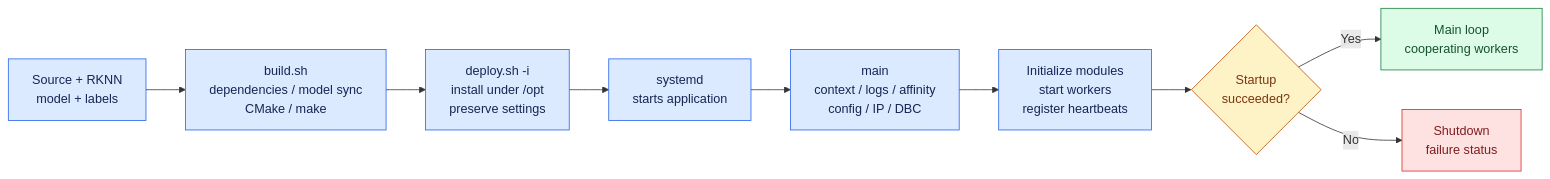
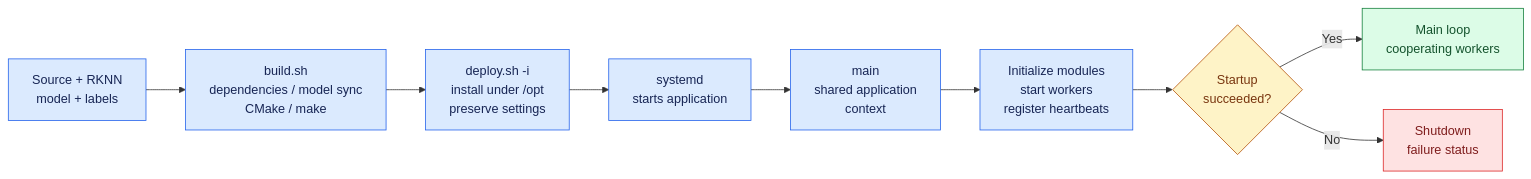
Before and after one commit to qianruo-orange/autonomous-driving-car: the fourth of 6 diagrams in README.md, drawn with Mermaid. The commit also changed other lines of this file and 1 other file, not shown here.

Commit message:
Move logging and core startup into module lifecycle table

````diff
--- a/README.md
+++ b/README.md
@@ -98,19 +98,19 @@
 ```mermaid
 flowchart LR
     Source["Source + RKNN<br/>model + labels"] --> Build["build.sh<br/>dependencies / model sync<br/>CMake / make"]
     Build --> Deploy["deploy.sh -i<br/>install under /opt<br/>preserve settings"]
     Deploy --> Service["systemd<br/>starts application"]
-    Service --> Base["main<br/>context / logs / affinity<br/>config / IP / DBC"]
+    Service --> Base["main<br/>shared application<br/>context"]
     Base --> Modules["Initialize modules<br/>start workers<br/>register heartbeats"]
     Modules --> Ready{"Startup<br/>succeeded?"}
     Ready -->|Yes| Running["Main loop<br/>cooperating workers"]
     Ready -->|No| Failed["Shutdown<br/>failure status"]
     classDef process fill:#dbeafe,stroke:#2563eb,color:#172554
     classDef output fill:#dcfce7,stroke:#15803d,color:#14532d
     classDef check fill:#fef3c7,stroke:#b45309,color:#78350f
     classDef failure fill:#fee2e2,stroke:#dc2626,color:#7f1d1d
     class Source,Build,Deploy,Service,Base,Modules process
     class Ready check
     class Running output
     class Failed failure
 ```
````
